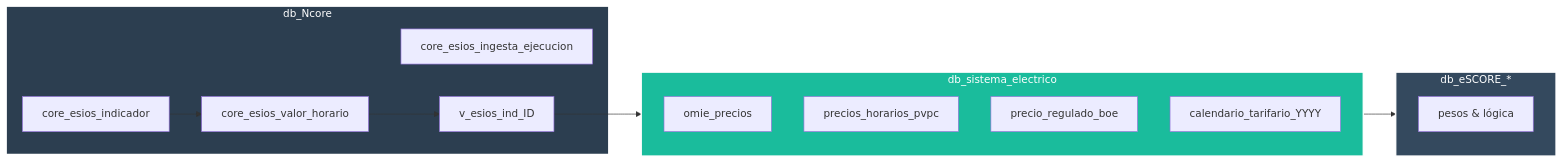
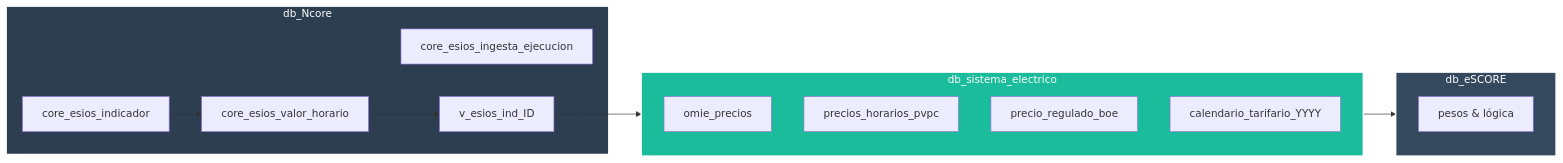
Before and after one commit to EGD2024/db-watioverse: the second of 2 diagrams in docs/README_Sist_eléctrico.md, drawn with Mermaid. The commit also changed other lines of this file, not shown here.

````diff
--- a/docs/README_Sist_eléctrico.md
+++ b/docs/README_Sist_eléctrico.md
@@ -175,29 +175,29 @@
 ```mermaid
 flowchart LR
   subgraph NCORE[db_Ncore]
     IND[core_esios_indicador]
     VAL[core_esios_valor_horario]
     ING[core_esios_ingesta_ejecucion]
     VIEWS[v_esios_ind_ID]
   end
 
   subgraph SE[db_sistema_electrico]
     OM[omie_precios]
     PV[precios_horarios_pvpc]
     BO[precio_regulado_boe]
     CAL[calendario_tarifario_YYYY]
   end
 
-  subgraph ES[db_eSCORE_*]
+  subgraph ES[db_eSCORE]
     PESOS[pesos & lógica]
   end
 
   VIEWS --> SE
   VAL --> VIEWS
   IND --> VAL
   SE --> ES
 
   style NCORE fill:#2C3E50,stroke:#ffffff,stroke-width:2px,color:#ffffff
   style SE fill:#1ABC9C,stroke:#ffffff,stroke-width:2px,color:#ffffff
   style ES fill:#34495E,stroke:#ffffff,stroke-width:2px,color:#ffffff
 ```
````
